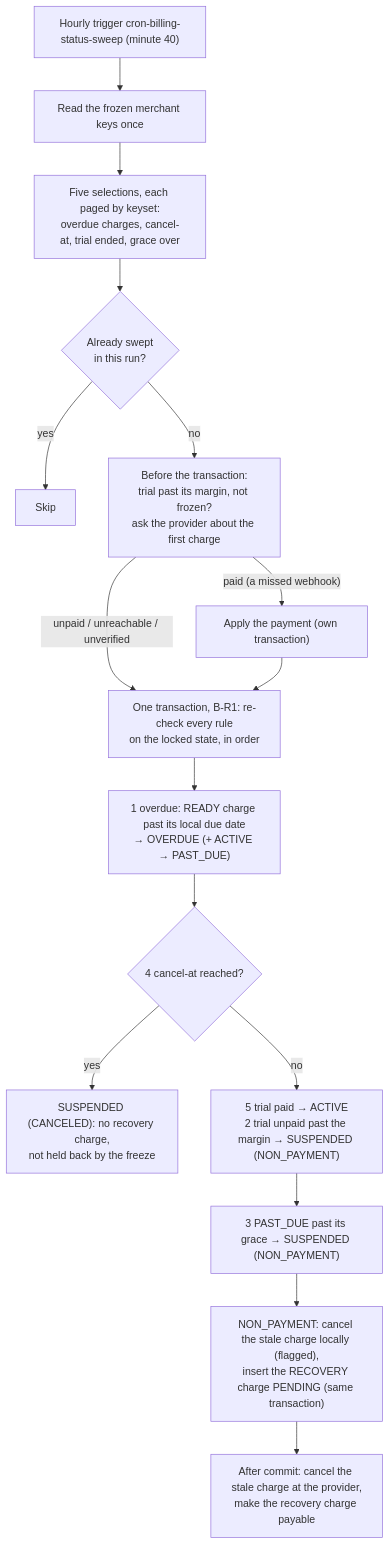
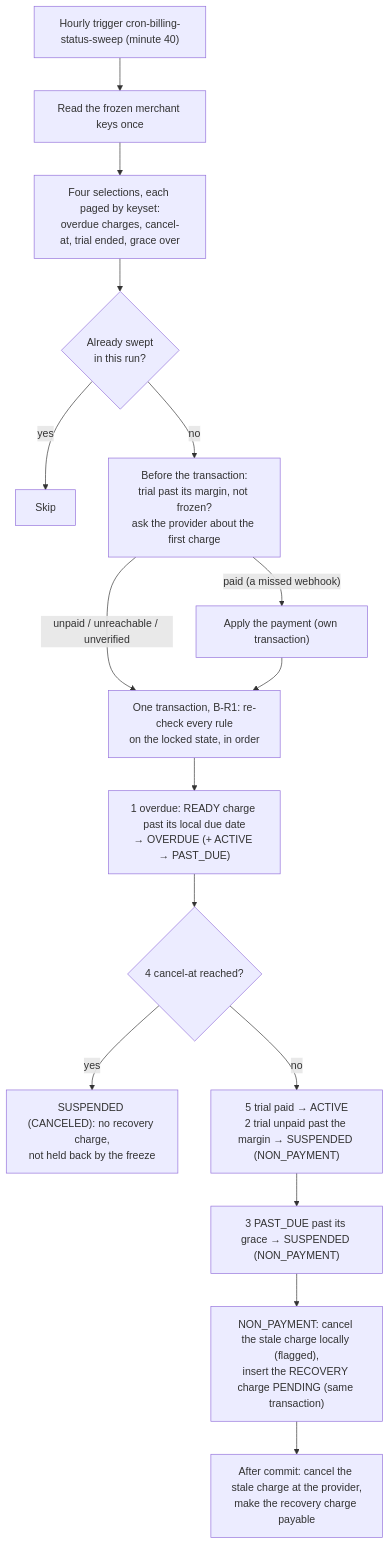
Before and after one commit to lmmoreira/ikaro: diagram 19 of 19 in docs/BUSINESS_LOGIC_REFERENCE.md, drawn with Mermaid. The commit also changed other lines of this file and 8 other files, not shown here.

````diff
--- a/docs/BUSINESS_LOGIC_REFERENCE.md
+++ b/docs/BUSINESS_LOGIC_REFERENCE.md
@@ -927,18 +927,18 @@
 ```mermaid
 flowchart TD
   J["Hourly trigger cron-billing-status-sweep (minute 40)"] --> F["Read the frozen merchant keys once"]
-  F --> P["Five selections, each paged by keyset:<br/>overdue charges, cancel-at, trial ended, grace over"]
+  F --> P["Four selections, each paged by keyset:<br/>overdue charges, cancel-at, trial ended, grace over"]
   P --> V{"Already swept<br/>in this run?"}
   V -- yes --> N["Skip"]
   V -- no --> A["Before the transaction:<br/>trial past its margin, not frozen?<br/>ask the provider about the first charge"]
   A -- "paid (a missed webhook)" --> AP["Apply the payment (own transaction)"]
   A -- "unpaid / unreachable / unverified" --> T
   AP --> T["One transaction, B-R1: re-check every rule<br/>on the locked state, in order"]
   T --> R1["1 overdue: READY charge past its local due date<br/>→ OVERDUE (+ ACTIVE → PAST_DUE)"]
   R1 --> R4{"4 cancel-at reached?"}
   R4 -- yes --> C["SUSPENDED (CANCELED): no recovery charge,<br/>not held back by the freeze"]
   R4 -- no --> R25["5 trial paid → ACTIVE<br/>2 trial unpaid past the margin → SUSPENDED (NON_PAYMENT)"]
   R25 --> R3["3 PAST_DUE past its grace → SUSPENDED (NON_PAYMENT)"]
   R3 --> S["NON_PAYMENT: cancel the stale charge locally (flagged),<br/>insert the RECOVERY charge PENDING (same transaction)"]
   S --> AC["After commit: cancel the stale charge at the provider,<br/>make the recovery charge payable"]
 ```
````
